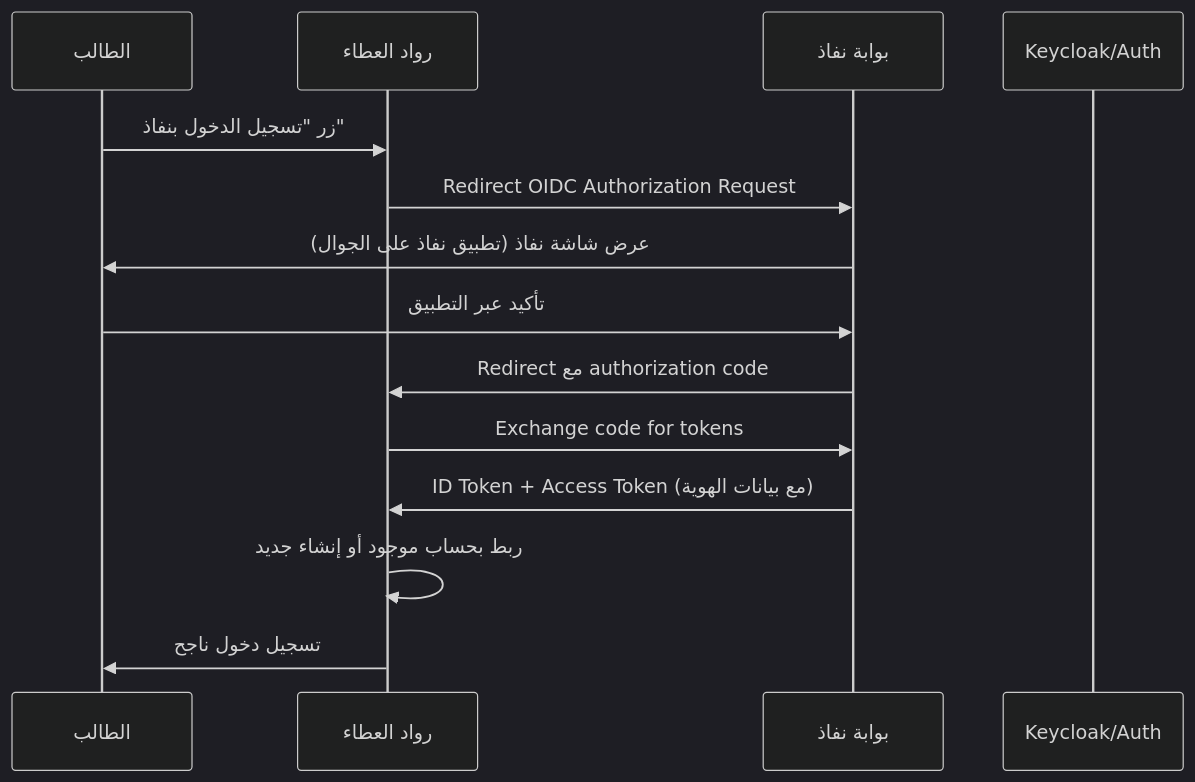
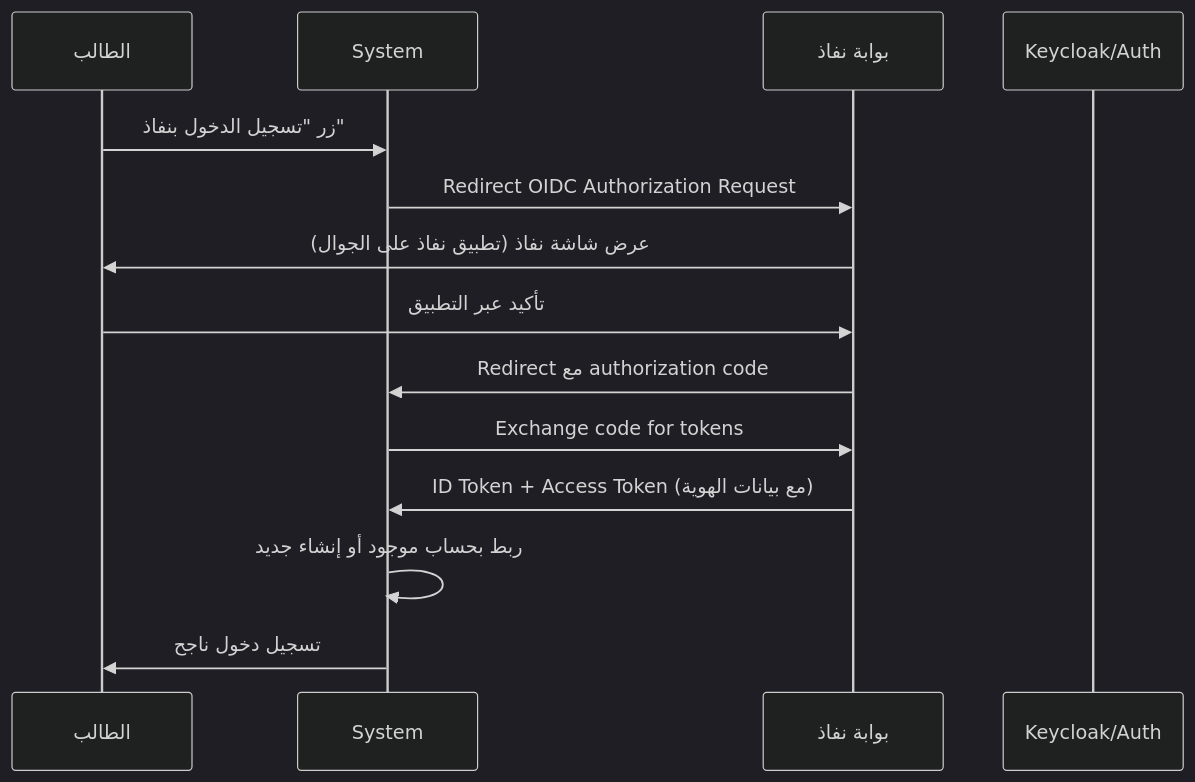
Before and after one commit to alharbib902-del/technical-handover: the second of 7 diagrams in مسودات-الوكلاء/الجزء-03-التكاملات-والأمان-والأداء.md, drawn with Mermaid (dark theme). The commit also changed other lines of this file and 4 other files, not shown here.

````diff
--- a/مسودات-الوكلاء/الجزء-03-التكاملات-والأمان-والأداء.md
+++ b/مسودات-الوكلاء/الجزء-03-التكاملات-والأمان-والأداء.md
@@ -350,17 +350,17 @@
 ```mermaid
 sequenceDiagram
     participant U as الطالب
-    participant A as رواد العطاء
+    participant A as System
     participant N as بوابة نفاذ
     participant K as Keycloak/Auth
 
     U->>A: زر "تسجيل الدخول بنفاذ"
     A->>N: Redirect OIDC Authorization Request
     N->>U: عرض شاشة نفاذ (تطبيق نفاذ على الجوال)
     U->>N: تأكيد عبر التطبيق
     N->>A: Redirect مع authorization code
     A->>N: Exchange code for tokens
     N->>A: ID Token + Access Token (مع بيانات الهوية)
     A->>A: ربط بحساب موجود أو إنشاء جديد
     A->>U: تسجيل دخول ناجح
 ```
````
